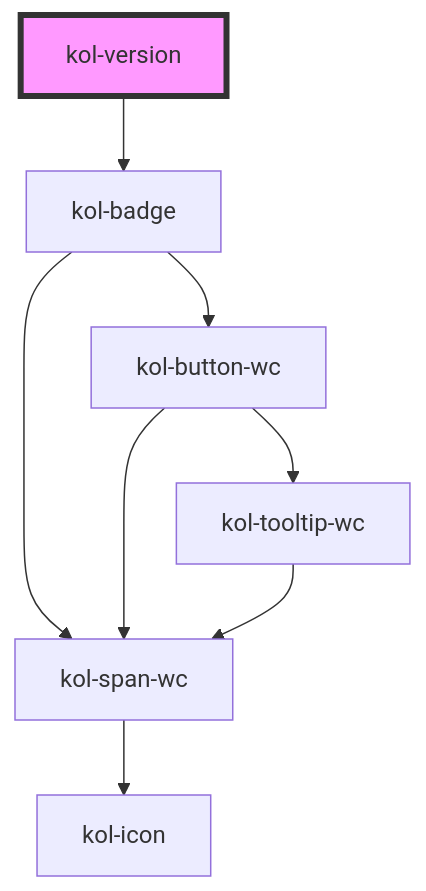
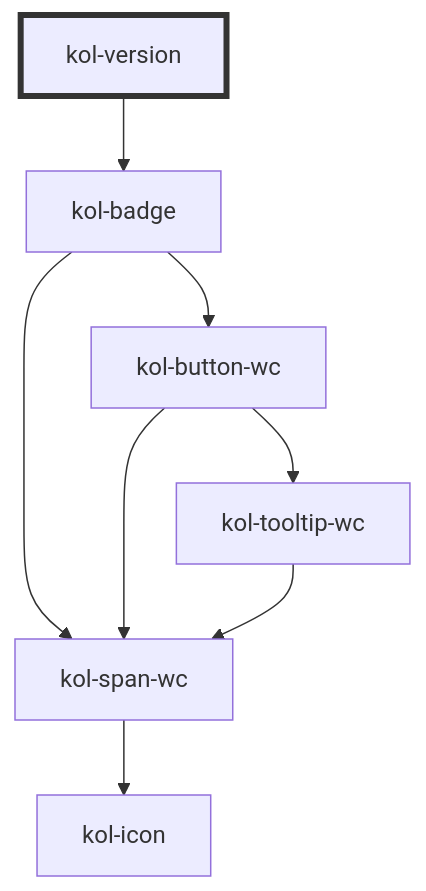
The diagram in packages/components/src/components/version/readme.md (public-ui/kolibri), drawn with Mermaid before and after one commit. The commit also changed 40 other files, not shown here.

````diff
--- a/packages/components/src/components/version/readme.md
+++ b/packages/components/src/components/version/readme.md
@@ -41,11 +41,11 @@
 ```mermaid
 graph TD;
   kol-version --> kol-badge
   kol-badge --> kol-button-wc
   kol-badge --> kol-span-wc
   kol-button-wc --> kol-span-wc
   kol-button-wc --> kol-tooltip-wc
   kol-span-wc --> kol-icon
   kol-tooltip-wc --> kol-span-wc
-  style kol-version fill:#f9f,stroke:#333,stroke-width:4px
+  style kol-version stroke:#333,stroke-width:4px
 ```
````
